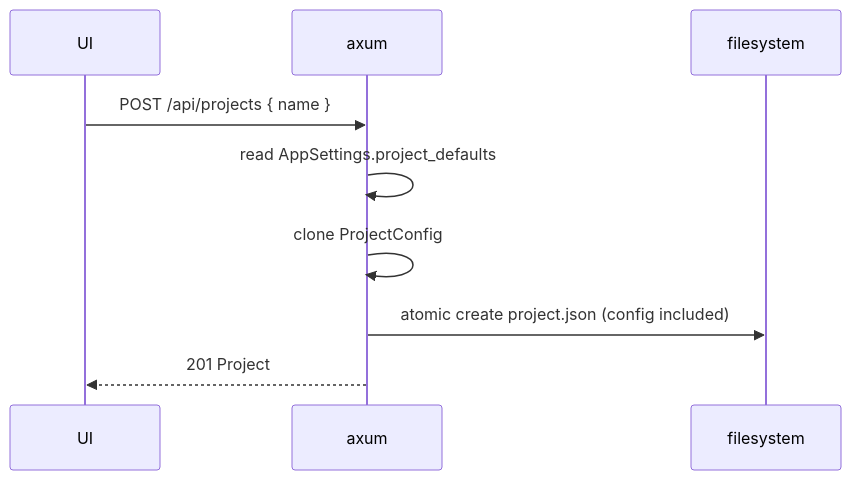
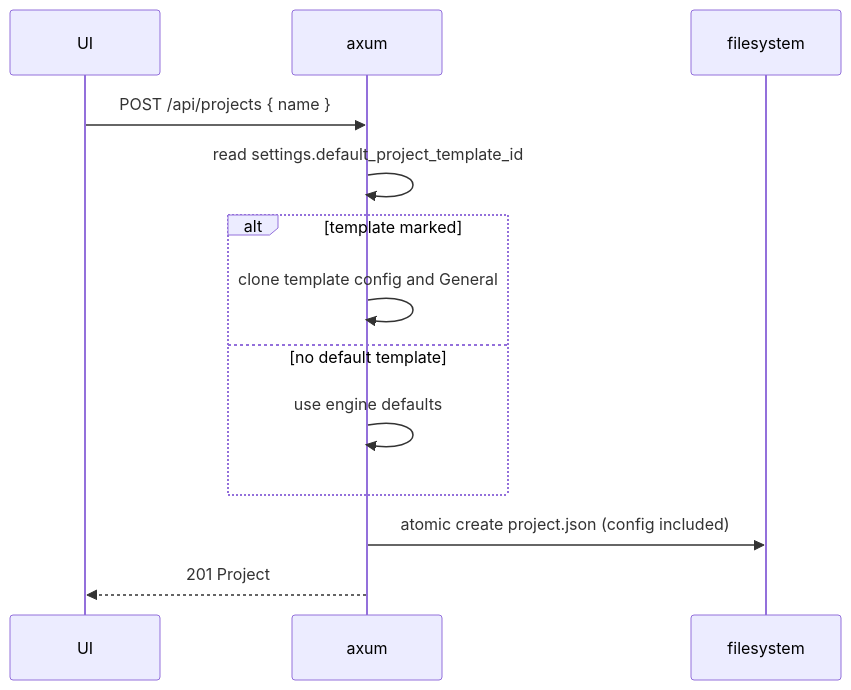
One commit to Av1ation-Association/Av1ation-Station changed the eighth of 8 diagrams in docs/architecture.md. Above: the diagram before and after it, drawn with Mermaid. The commit also changed other lines of this file and 45 other files, not shown here.

Commit message:
docs: refresh architecture and delivery docs

````diff
--- a/docs/architecture.md
+++ b/docs/architecture.md
@@ -325,11 +405,15 @@
 ```mermaid
 sequenceDiagram
     participant UI
     participant S as axum
     participant F as filesystem
     UI->>S: POST /api/projects { name }
-    S->>S: read AppSettings.project_defaults
-    S->>S: clone ProjectConfig
+    S->>S: read settings.default_project_template_id
+    alt template marked
+        S->>S: clone template config and General
+    else no default template
+        S->>S: use engine defaults
+    end
     S->>F: atomic create project.json (config included)
     S-->>UI: 201 Project
 ```
````
